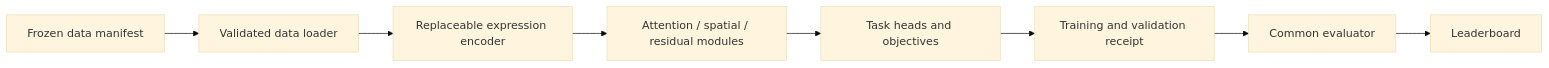
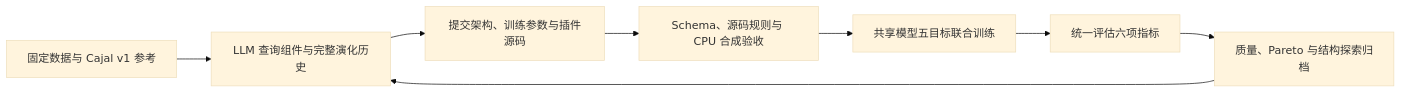
Before and after one commit to novaeve/nanobrain: the diagram in README.md, drawn with Mermaid (base theme). The commit also changed other lines of this file and 752 other files, not shown here.

````diff
--- a/README.md
+++ b/README.md
@@ -112,10 +25,10 @@
 ```mermaid
 flowchart LR
-    A["Frozen data manifest"] --> B["Validated data loader"]
-    B --> C["Replaceable expression encoder"]
-    C --> D["Attention / spatial / residual modules"]
-    D --> E["Task heads and objectives"]
-    E --> F["Training and validation receipt"]
-    F --> G["Common evaluator"]
-    G --> H["Leaderboard"]
+    A[固定数据与 Cajal v1 参考] --> B[LLM 查询组件与完整演化历史]
+    B --> C[提交架构、训练参数与插件源码]
+    C --> D[Schema、源码规则与 CPU 合成验收]
+    D --> E[共享模型五目标联合训练]
+    E --> F[统一评估六项指标]
+    F --> G[质量、Pareto 与结构探索归档]
+    G --> B
 ```
````
